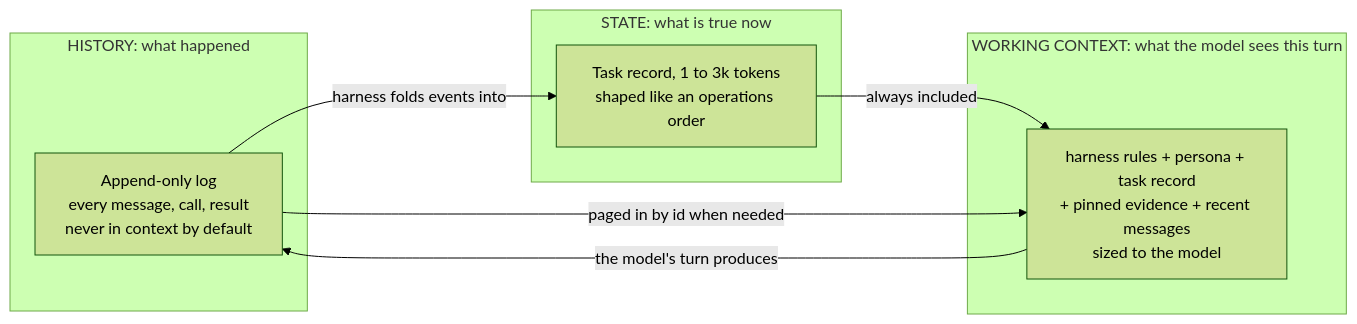
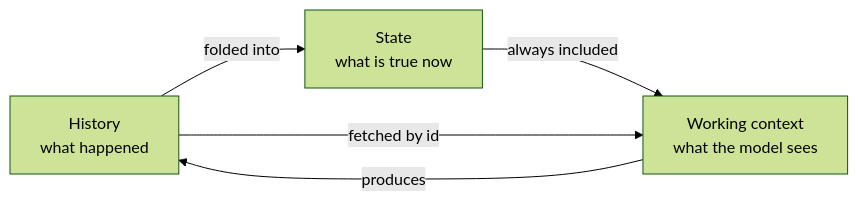
The first of 3 diagrams in docs/COEUS_PLAN.md (JaredTate/nerdgenie), drawn with Mermaid (forest theme) before and after one commit. The commit also changed other lines of this file and 4 other files, not shown here.

Commit message:
Rewrite both documents in complete sentences; redraw all ten diagrams with short labels so nothing is clipped

````diff
--- a/docs/COEUS_PLAN.md
+++ b/docs/COEUS_PLAN.md
@@ -25,16 +25,7 @@
 ```mermaid
 flowchart LR
-  subgraph H["HISTORY: what happened"]
-    HL["Append-only log<br/>every message, call, result<br/>never in context by default"]
-  end
-  subgraph S["STATE: what is true now"]
-    SR["Task record, 1 to 3k tokens<br/>shaped like an operations order"]
-  end
-  subgraph W["WORKING CONTEXT: what the model sees this turn"]
-    WC["harness rules + persona + task record<br/>+ pinned evidence + recent messages<br/>sized to the model"]
-  end
-  HL -->|"harness folds events into"| SR
-  SR -->|"always included"| WC
-  HL -->|"paged in by id when needed"| WC
-  WC -->|"the model's turn produces"| HL
+  H["History<br/>what happened"] -->|"folded into"| S["State<br/>what is true now"]
+  S -->|"always included"| W["Working context<br/>what the model sees"]
+  H -->|"fetched by id"| W
+  W -->|"produces"| H
 ```
````
